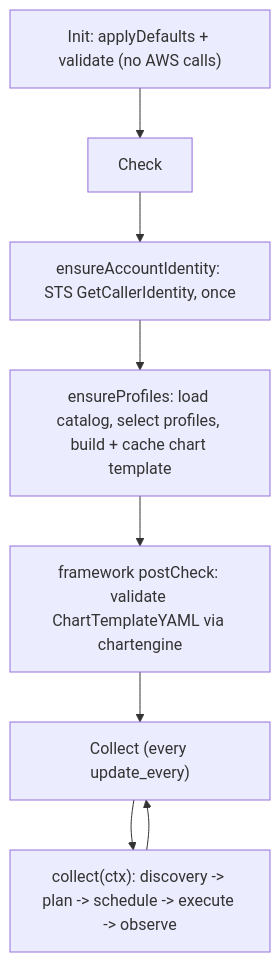
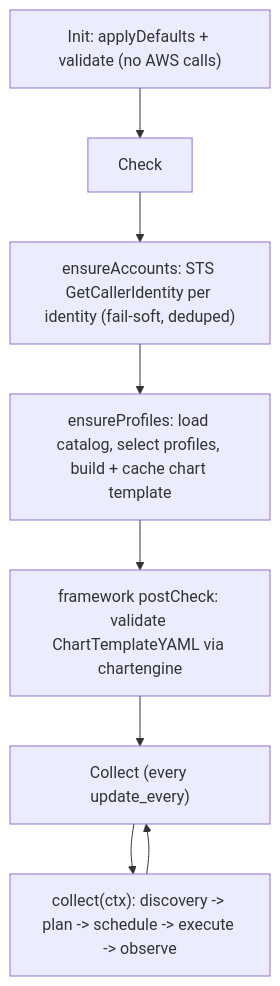
Before and after one commit to netdata/netdata: the first of 2 diagrams in src/go/plugin/go.d/collector/cloudwatch/ARCHITECTURE.md, drawn with Mermaid. The commit also changed other lines of this file and 4 other files, not shown here.

````diff
--- a/src/go/plugin/go.d/collector/cloudwatch/ARCHITECTURE.md
+++ b/src/go/plugin/go.d/collector/cloudwatch/ARCHITECTURE.md
@@ -38,14 +38,14 @@
 ```mermaid
 flowchart TD
     Init["Init: applyDefaults + validate (no AWS calls)"]
     Check["Check"]
-    STS["ensureAccountIdentity: STS GetCallerIdentity, once"]
+    Accounts["ensureAccounts: STS GetCallerIdentity per identity (fail-soft, deduped)"]
     Profiles["ensureProfiles: load catalog, select profiles, build + cache chart template"]
     Post["framework postCheck: validate ChartTemplateYAML via chartengine"]
     Collect["Collect (every update_every)"]
     Cycle["collect(ctx): discovery -> plan -> schedule -> execute -> observe"]
 
     Init --> Check
-    Check --> STS --> Profiles --> Post
+    Check --> Accounts --> Profiles --> Post
     Post --> Collect --> Cycle --> Collect
 ```
````
